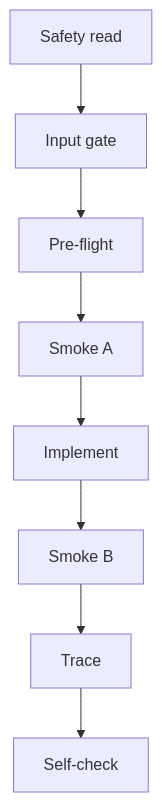
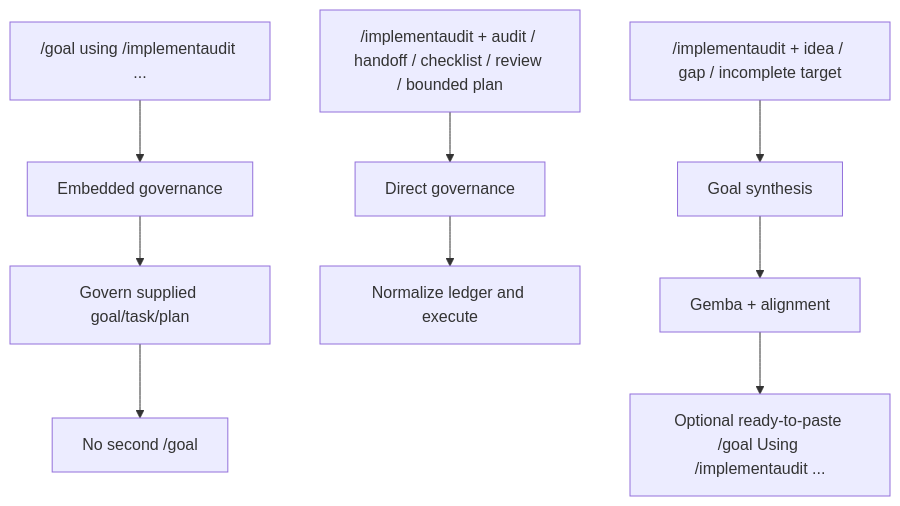
One commit to theislampill/IMPLEMENTAUDIT.md changed the second of 3 diagrams in README.md. Above: the diagram before and after it, drawn with Mermaid. The commit also changed other lines of this file, not shown here.

First line of the commit message:
docs: add README runtime diagrams

````diff
--- a/README.md
+++ b/README.md
@@ -93,10 +61,13 @@
 ```mermaid
 flowchart TD
-  A["Safety read"] --> B["Input gate"]
-  B --> C["Pre-flight"]
-  C --> D["Smoke A"]
-  D --> E["Implement"]
-  E --> F["Smoke B"]
-  F --> G["Trace"]
-  G --> H["Self-check"]
+  A["/goal using /implementaudit ..."] --> B["Embedded governance"]
+  B --> C["Govern supplied goal/task/plan"]
+  C --> D["No second /goal"]
+
+  E["/implementaudit + audit / handoff / checklist / review / bounded plan"] --> F["Direct governance"]
+  F --> G["Normalize ledger and execute"]
+
+  H["/implementaudit + idea / gap / incomplete target"] --> I["Goal synthesis"]
+  I --> J["Gemba + alignment"]
+  J --> K["Optional ready-to-paste /goal Using /implementaudit ..."]
 ```
````
